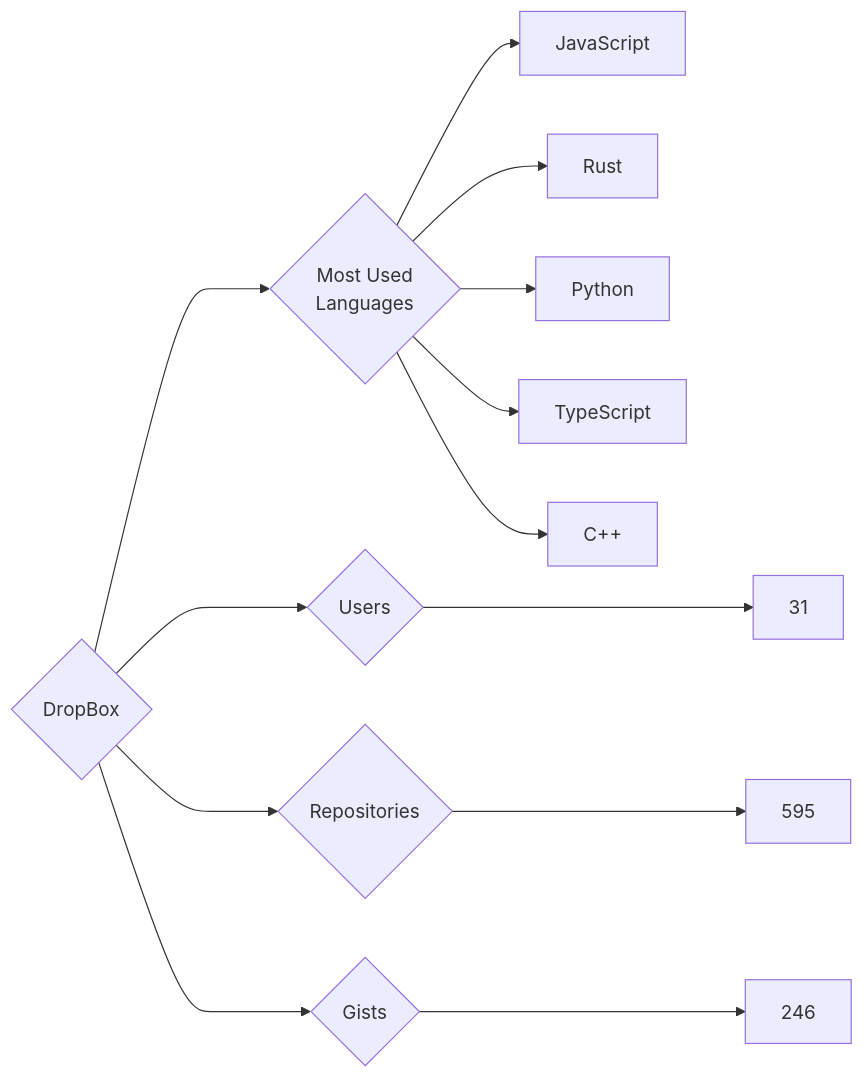
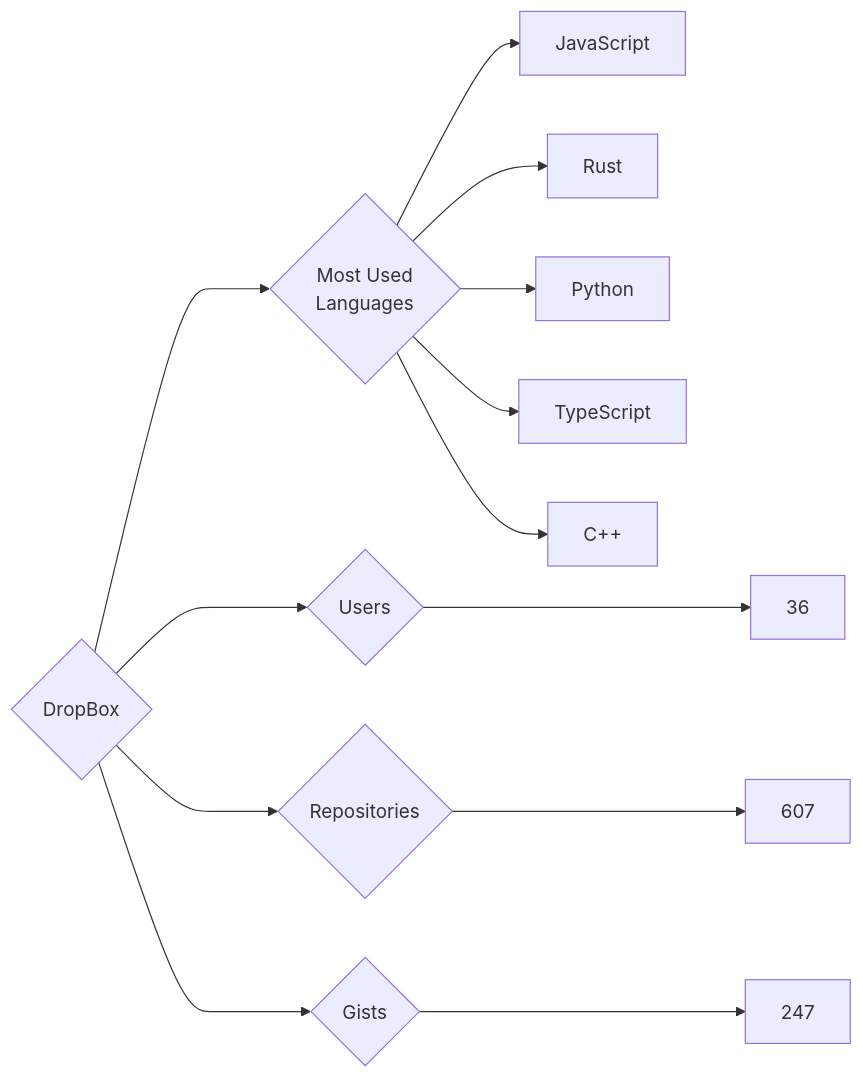
The diagram in targets/DropBox/README.md (trickest/insiders), drawn with Mermaid before and after one commit. The commit also changed 882 other files, not shown here.

````diff
--- a/targets/DropBox/README.md
+++ b/targets/DropBox/README.md
@@ -3,13 +3,13 @@
 ```mermaid
 graph LR
 COMPANY_NAME{DropBox}
-COMPANY_NAME ---> U{Users} ---> UN[31]
-COMPANY_NAME ---> R{Repositories} ---> RN[595]
-COMPANY_NAME ---> G{Gists} ---> GN[246]
+COMPANY_NAME ---> U{Users} ---> UN[36]
+COMPANY_NAME ---> R{Repositories} ---> RN[607]
+COMPANY_NAME ---> G{Gists} ---> GN[247]
 COMPANY_NAME ---> ML{Most Used<br>Languages}
 ML --> JavaScript[JavaScript]
 ML --> Rust[Rust]
 ML --> Python[Python]
 ML --> TypeScript[TypeScript]
 ML --> C++[C++]
 ```
````
